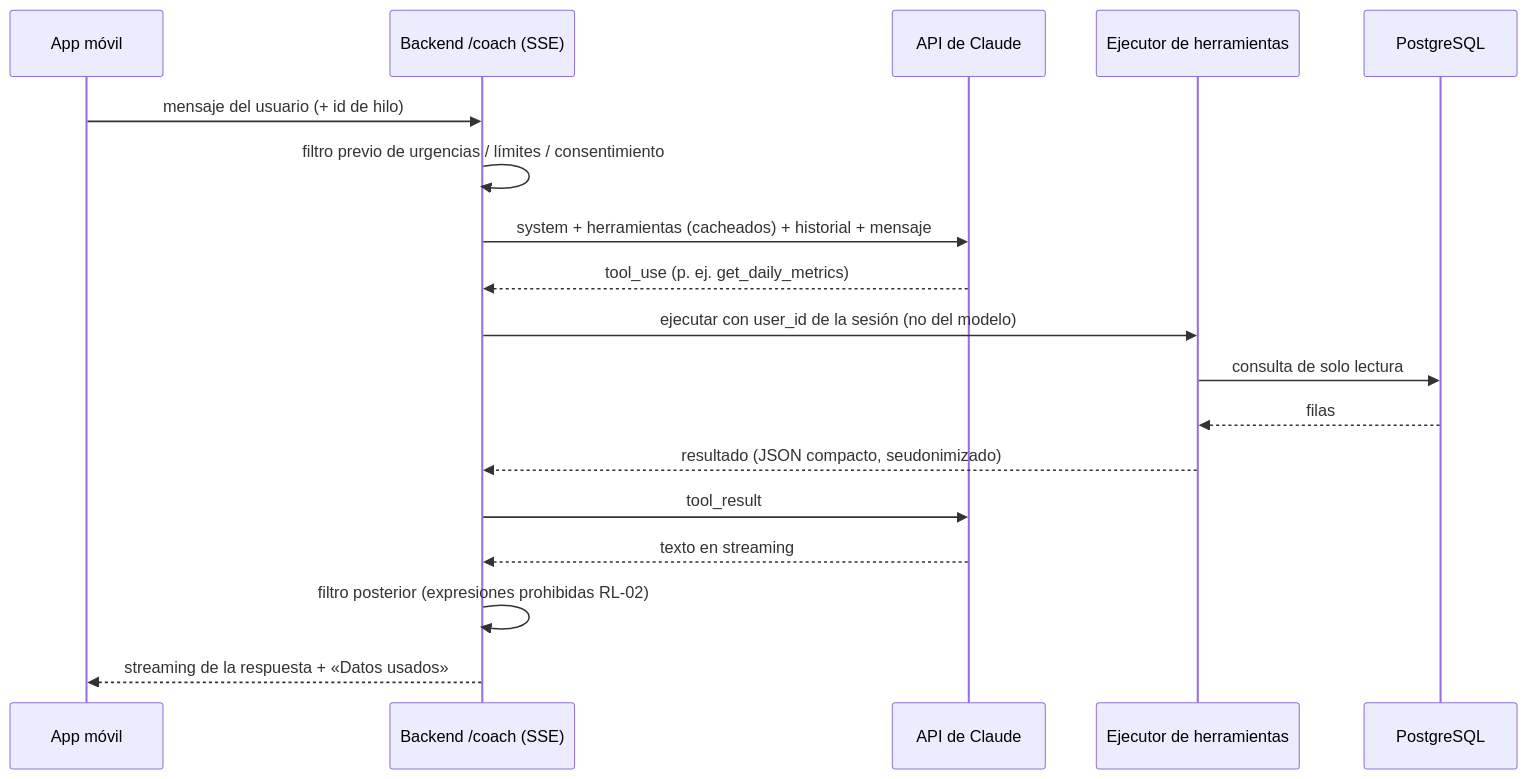
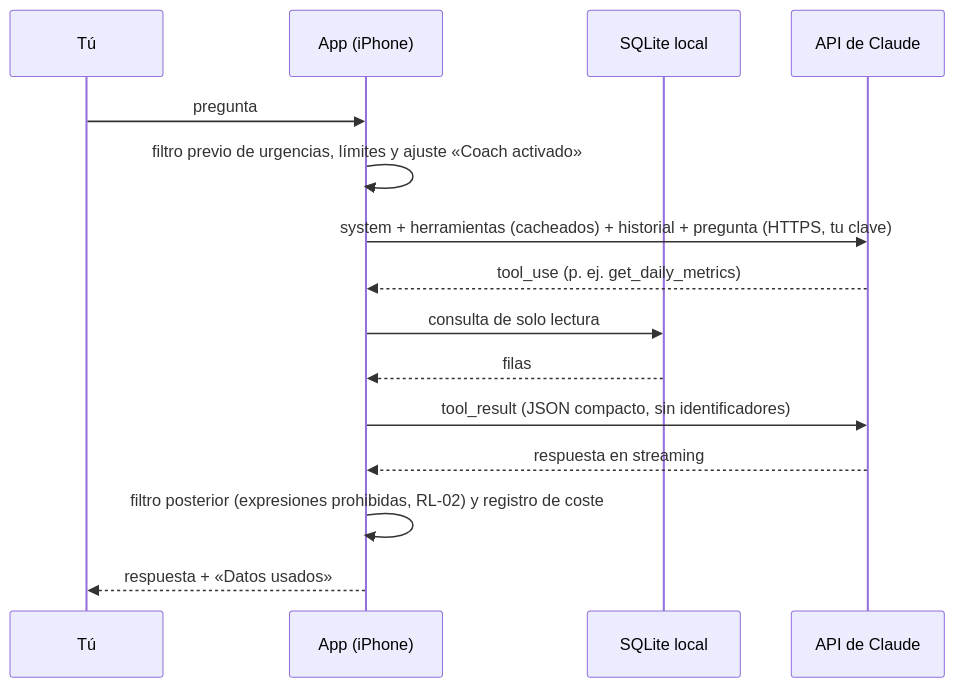
Before and after one commit to marcgodinezmartinez-gif/FitbitApp: the diagram in docs/06-coach-ia.md, drawn with Mermaid. The commit also changed other lines of this file and 20 other files, not shown here.

First line of the commit message:
Adaptar requisitos a app personal para iPhone, gratuita y sin servidor

````diff
--- a/docs/06-coach-ia.md
+++ b/docs/06-coach-ia.md
@@ -47,21 +47,18 @@
 ```mermaid
 sequenceDiagram
-    participant App as App móvil
-    participant API as Backend /coach (SSE)
+    participant U as Tú
+    participant App as App (iPhone)
+    participant DB as SQLite local
     participant LLM as API de Claude
-    participant T as Ejecutor de herramientas
-    participant DB as PostgreSQL
 
-    App->>API: mensaje del usuario (+ id de hilo)
-    API->>API: filtro previo de urgencias / límites / consentimiento
-    API->>LLM: system + herramientas (cacheados) + historial + mensaje
-    LLM-->>API: tool_use (p. ej. get_daily_metrics)
-    API->>T: ejecutar con user_id de la sesión (no del modelo)
-    T->>DB: consulta de solo lectura
-    DB-->>T: filas
-    T-->>API: resultado (JSON compacto, seudonimizado)
-    API->>LLM: tool_result
-    LLM-->>API: texto en streaming
-    API->>API: filtro posterior (expresiones prohibidas RL-02)
-    API-->>App: streaming de la respuesta + «Datos usados»
+    U->>App: pregunta
+    App->>App: filtro previo de urgencias, límites y ajuste «Coach activado»
+    App->>LLM: system + herramientas (cacheados) + historial + pregunta (HTTPS, tu clave)
+    LLM-->>App: tool_use (p. ej. get_daily_metrics)
+    App->>DB: consulta de solo lectura
+    DB-->>App: filas
+    App->>LLM: tool_result (JSON compacto, sin identificadores)
+    LLM-->>App: respuesta en streaming
+    App->>App: filtro posterior (expresiones prohibidas, RL-02) y registro de coste
+    App-->>U: respuesta + «Datos usados»
 ```
````
